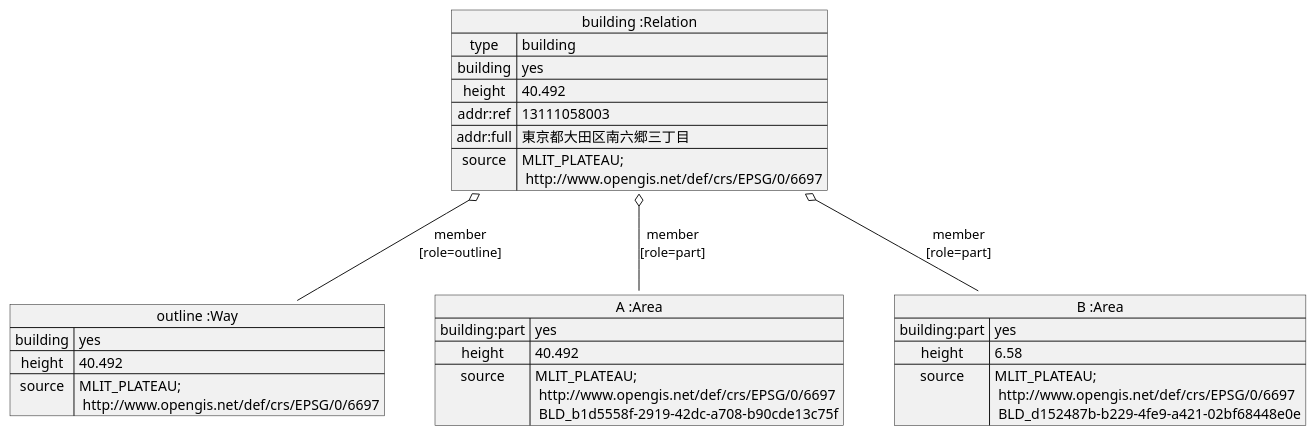
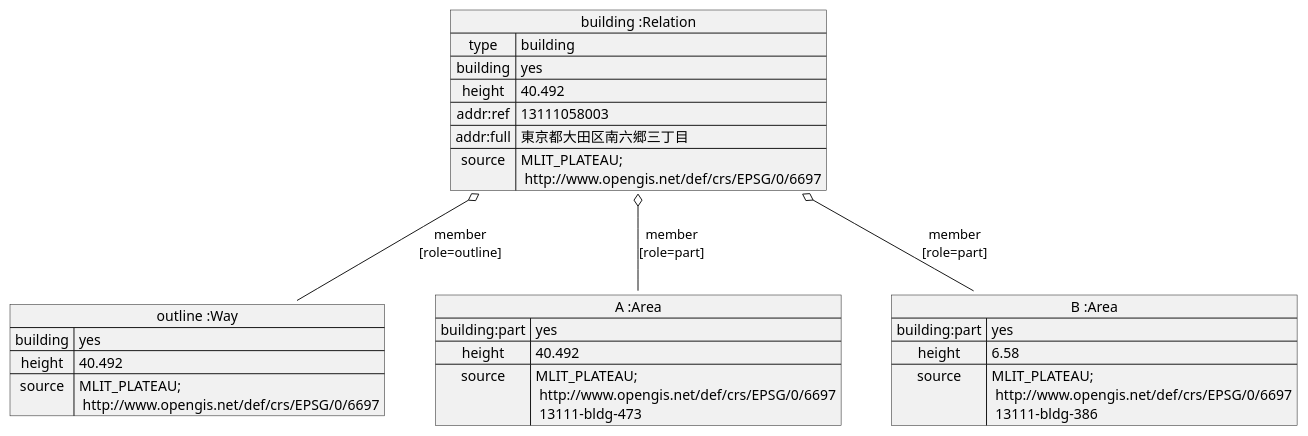
Before and after one commit to yuuhayashi/citygml-osm: the diagram in doc/building/sample-c-osm.pu, drawn with PlantUML. The commit also changed 15 other files, not shown here.

Commit message:
update UML

```diff
--- a/doc/building/sample-c-osm.pu
+++ b/doc/building/sample-c-osm.pu
@@ -1,30 +1,30 @@
 @startuml
 map "building :Relation" as building {
  type => building
  building => yes
  height => 40.492
  addr:ref => 13111058003
  addr:full => 東京都大田区南六郷三丁目
  source => MLIT_PLATEAU;\n http://www.opengis.net/def/crs/EPSG/0/6697
 }
 
 map "outline :Way" as outline {
  building => yes
  height => 40.492
  source => MLIT_PLATEAU;\n http://www.opengis.net/def/crs/EPSG/0/6697
 }
 map "A :Area" as A {
  building:part => yes
  height => 40.492
- source => MLIT_PLATEAU;\n http://www.opengis.net/def/crs/EPSG/0/6697\n BLD_b1d5558f-2919-42dc-a708-b90cde13c75f
+ source => MLIT_PLATEAU;\n http://www.opengis.net/def/crs/EPSG/0/6697\n 13111-bldg-473
 }
 map "B :Area" as B {
  building:part => yes
  height => 6.58
- source => MLIT_PLATEAU;\n http://www.opengis.net/def/crs/EPSG/0/6697\n BLD_d152487b-b229-4fe9-a421-02bf68448e0e
+ source => MLIT_PLATEAU;\n http://www.opengis.net/def/crs/EPSG/0/6697\n 13111-bldg-386
 }
 
 building o-- outline : member\n[role=outline]
 building o-- A : member\n[role=part]
 building o-- B : member\n[role=part]
 @enduml
```
